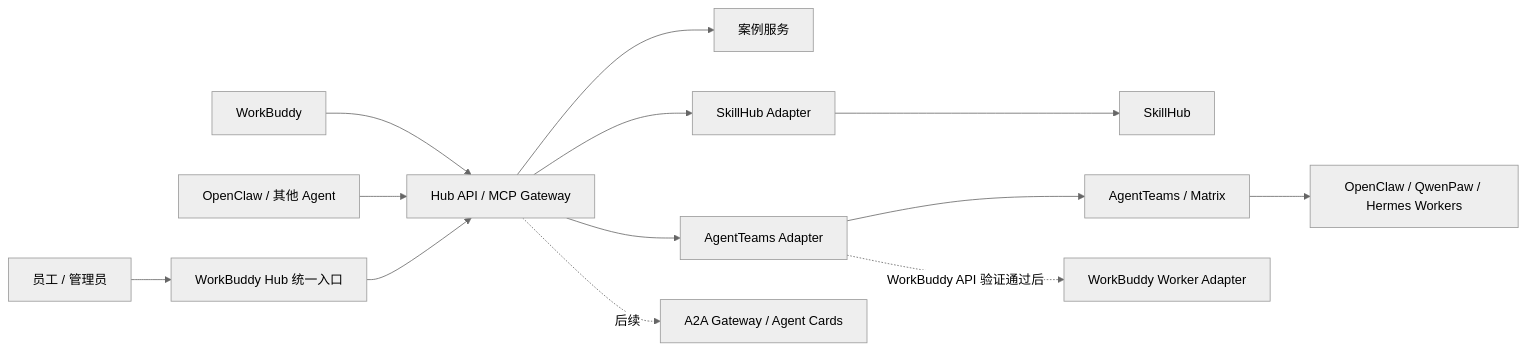
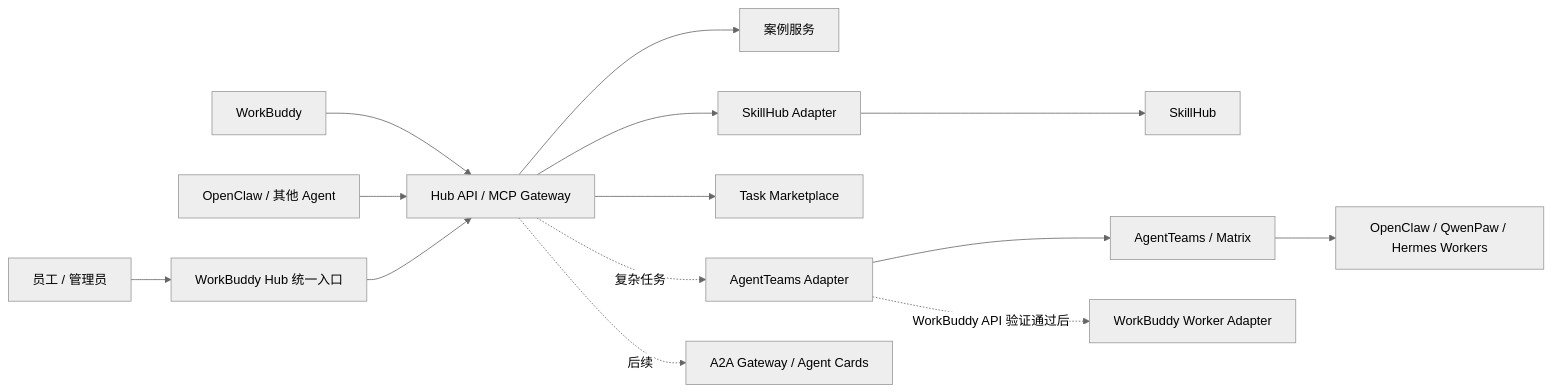
The first of 4 diagrams in docs/需求迭代/SkillHub与Agent交流平台整体架构及开发落地方案.md (happywht/workbuddy_learrn), drawn with Mermaid (neutral theme) before and after one commit. The commit also changed other lines of this file and 10 other files, not shown here.

Commit message:
feat: add lightweight agent task marketplace

````diff
--- a/docs/需求迭代/SkillHub与Agent交流平台整体架构及开发落地方案.md
+++ b/docs/需求迭代/SkillHub与Agent交流平台整体架构及开发落地方案.md
@@ -21,15 +22,16 @@
 ```mermaid
 flowchart LR
     U["员工 / 管理员"] --> H["WorkBuddy Hub 统一入口"]
     W["WorkBuddy"] --> G["Hub API / MCP Gateway"]
     O["OpenClaw / 其他 Agent"] --> G
     H --> G
     G --> C["案例服务"]
     G --> SA["SkillHub Adapter"]
-    G --> TA["AgentTeams Adapter"]
+    G --> TM["Task Marketplace"]
+    G -. "复杂任务" .-> TA["AgentTeams Adapter"]
     SA --> S["SkillHub"]
     TA --> T["AgentTeams / Matrix"]
     T --> OW["OpenClaw / QwenPaw / Hermes Workers"]
     TA -. "WorkBuddy API 验证通过后" .-> WB["WorkBuddy Worker Adapter"]
     G -. "后续" .-> A2A["A2A Gateway / Agent Cards"]
 ```
````
